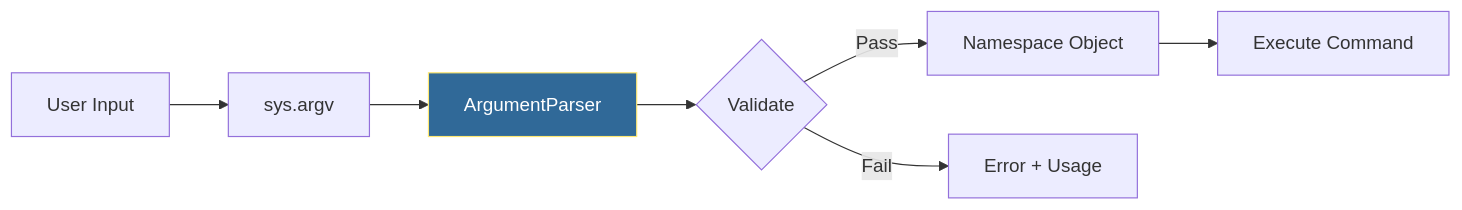
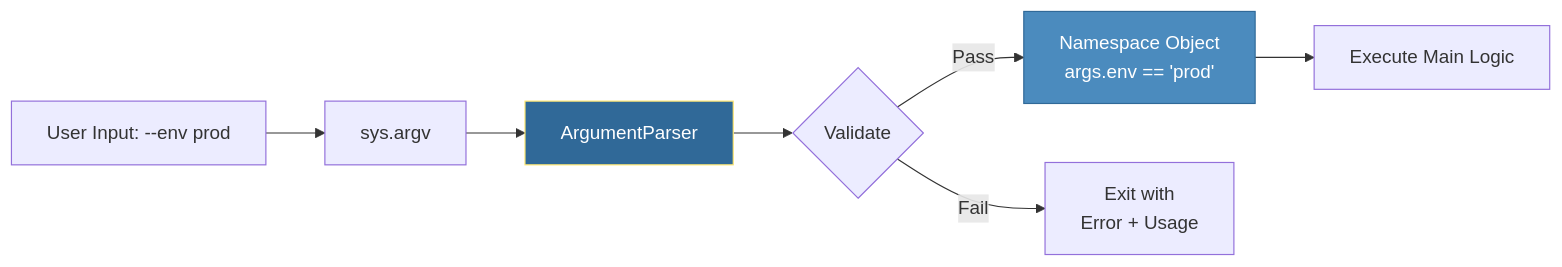
One commit to Ganil151/Devops changed the diagram in 1-Beginner/02-Phase-2/01-Automation/02-Python-Basics/09-Command-Line-Arguments/README.md. Above: the diagram before and after it, drawn with Mermaid. The commit also changed other lines of this file and 74 other files, not shown here.

````diff
--- a/1-Beginner/02-Phase-2/01-Automation/02-Python-Basics/09-Command-Line-Arguments/README.md
+++ b/1-Beginner/02-Phase-2/01-Automation/02-Python-Basics/09-Command-Line-Arguments/README.md
@@ -19,11 +20,12 @@
 ```mermaid
 flowchart LR
-    A[User Input] --> B[sys.argv]
+    A[User Input: --env prod] --> B[sys.argv]
     B --> C[ArgumentParser]
     C --> D{Validate}
-    D -->|Pass| E[Namespace Object]
-    D -->|Fail| F[Error + Usage]
-    E --> G[Execute Command]
+    D -->|Pass| E[Namespace Object<br>args.env == 'prod']
+    D -->|Fail| F[Exit with<br>Error + Usage]
+    E --> G[Execute Main Logic]
     
     style C fill:#306998,stroke:#ffe873,color:#fff
+    style E fill:#4b8bbe,stroke:#306998,color:#fff
 ```
````
